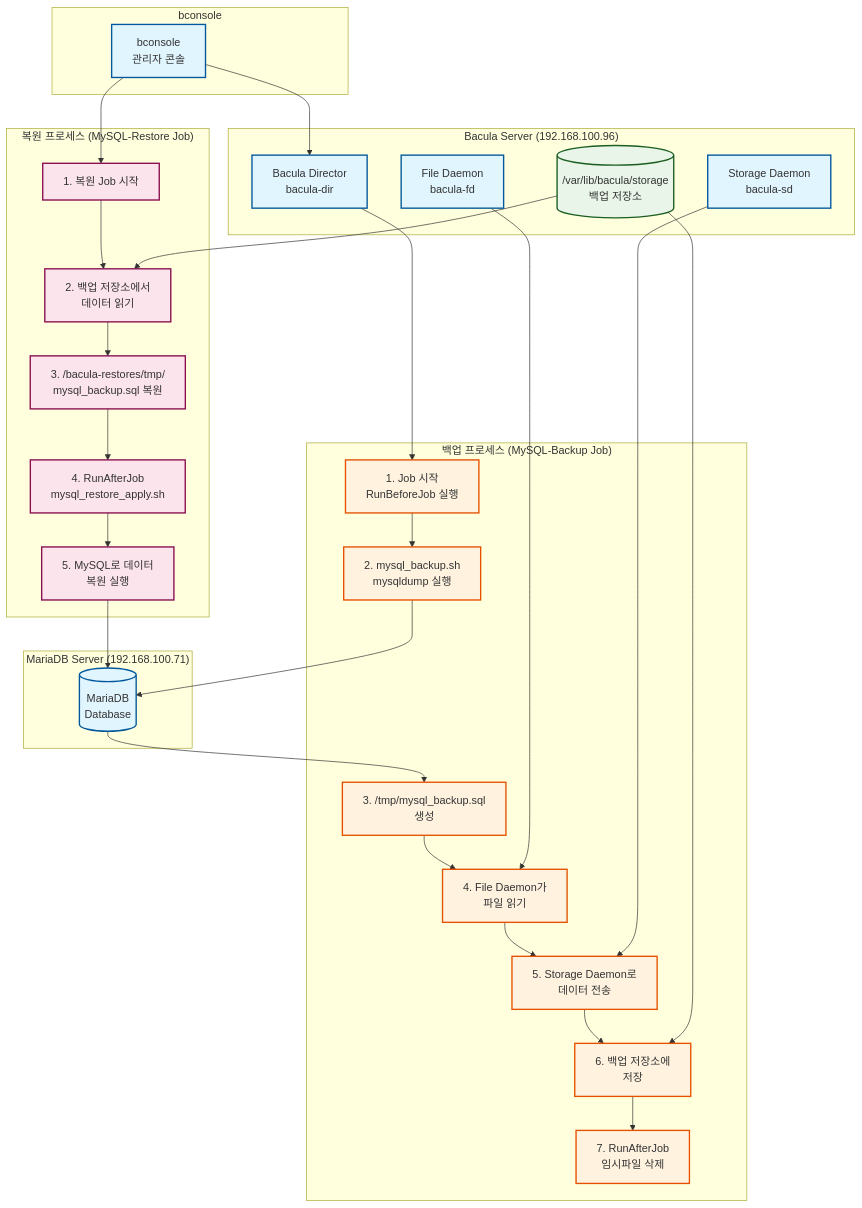
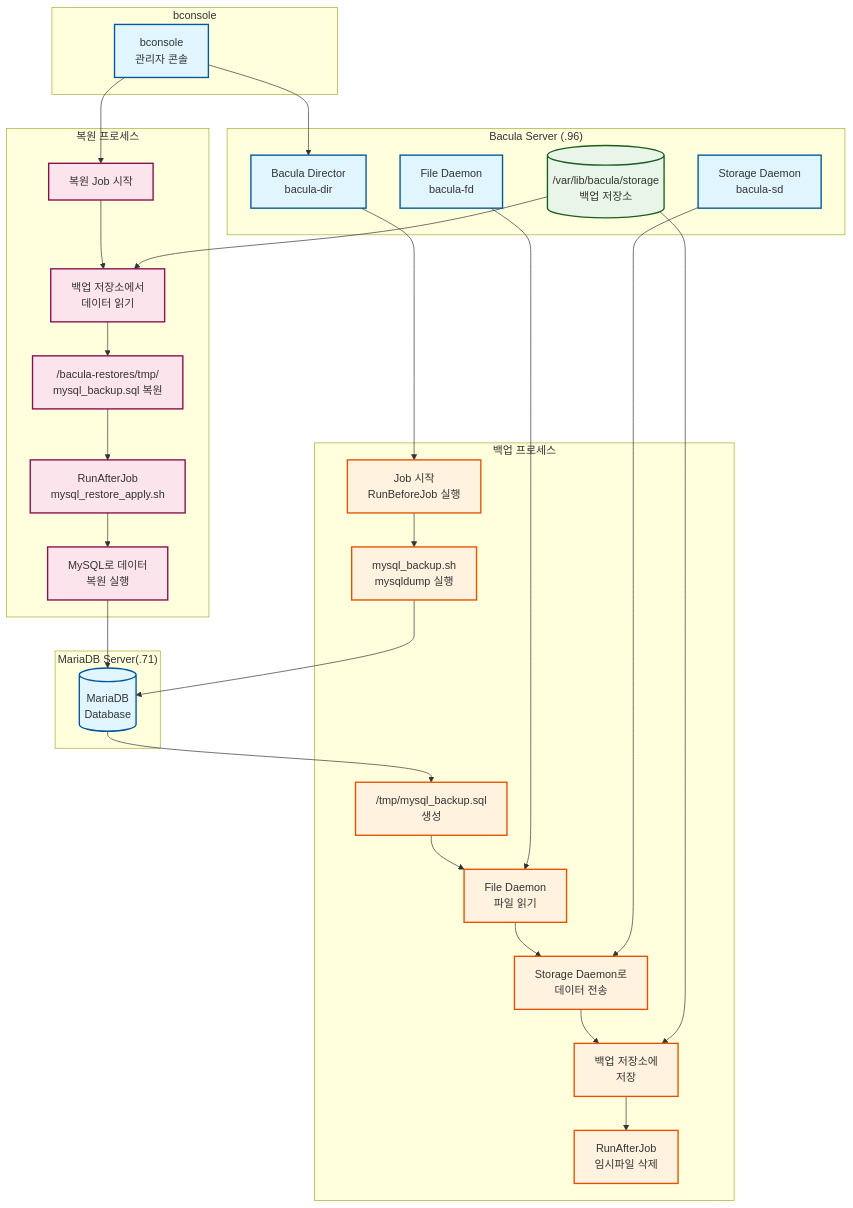
The diagram in server/Bacula-diagram.md (kyohwan79/CloudGuardians), drawn with Mermaid before and after one commit.

````diff
--- a/server/Bacula-diagram.md
+++ b/server/Bacula-diagram.md
@@ -1,74 +1,73 @@
 ```mermaid
 graph TD
     %% 서버 정의
-    subgraph "MariaDB Server (192.168.100.71)"
+    subgraph "MariaDB Server(.71)"
         MDB[(MariaDB<br/>Database)]
     end
     
-    subgraph "Bacula Server (192.168.100.96)"
+    subgraph "Bacula Server (.96)"
         DIR[Bacula Director<br/>bacula-dir]
         SD[Storage Daemon<br/>bacula-sd]
         FD[File Daemon<br/>bacula-fd]
         STORAGE[(/var/lib/bacula/storage<br/>백업 저장소)]
     end
     
     subgraph "bconsole"
         BC[bconsole<br/>관리자 콘솔]
     end
     
     %% 백업 프로세스
-    subgraph "백업 프로세스 (MySQL-Backup Job)"
-        B1[1. Job 시작<br/>RunBeforeJob 실행]
-        B2[2. mysql_backup.sh<br/>mysqldump 실행]
-        B3[3. /tmp/mysql_backup.sql<br/>생성]
-        B4[4. File Daemon가<br/>파일 읽기]
-        B5[5. Storage Daemon로<br/>데이터 전송]
-        B6[6. 백업 저장소에<br/>저장]
-        B7[7. RunAfterJob<br/>임시파일 삭제]
+    subgraph "백업 프로세스"
+        B1[Job 시작<br/>RunBeforeJob 실행]
+        B2[mysql_backup.sh<br/>mysqldump 실행]
+        B3["/tmp/mysql_backup.sql"<br/>생성]
+        B4[File Daemon<br/>파일 읽기]
+        B5[Storage Daemon로<br/>데이터 전송]
+        B6[백업 저장소에<br/>저장]
+        B7[RunAfterJob<br/>임시파일 삭제]
     end
     
     %% 복원 프로세스
-    subgraph "복원 프로세스 (MySQL-Restore Job)"
-        R1[1. 복원 Job 시작]
-        R2[2. 백업 저장소에서<br/>데이터 읽기]
-        R3[3. /bacula-restores/tmp/<br/>mysql_backup.sql 복원]
-        R4[4. RunAfterJob<br/>mysql_restore_apply.sh]
-        R5[5. MySQL로 데이터<br/>복원 실행]
+    subgraph "복원 프로세스"
+        R1[복원 Job 시작]
+        R2[백업 저장소에서<br/>데이터 읽기]
+        R3["/bacula-restores/tmp/"<br/>mysql_backup.sql 복원]
+        R4[RunAfterJob<br/>mysql_restore_apply.sh]
+        R5[MySQL로 데이터<br/>복원 실행]
     end
     
     %% 연결 관계 - 백업
     BC --> DIR
     DIR --> B1
     B1 --> B2
     B2 --> MDB
     MDB --> B3
     B3 --> B4
     FD --> B4
     B4 --> B5
     SD --> B5
     B5 --> B6
     STORAGE --> B6
     B6 --> B7
     
     %% 연결 관계 - 복원
     BC --> R1
     R1 --> R2
     STORAGE --> R2
     R2 --> R3
     R3 --> R4
     R4 --> R5
     R5 --> MDB
     
     %% 스타일링
     classDef server fill:#e1f5fe,stroke:#01579b,stroke-width:2px
     classDef process fill:#f3e5f5,stroke:#4a148c,stroke-width:2px
     classDef storage fill:#e8f5e8,stroke:#1b5e20,stroke-width:2px
     classDef backup fill:#fff3e0,stroke:#e65100,stroke-width:2px
     classDef restore fill:#fce4ec,stroke:#880e4f,stroke-width:2px
     
     class MDB,DIR,SD,FD,BC server
     class STORAGE storage
     class B1,B2,B3,B4,B5,B6,B7 backup
     class R1,R2,R3,R4,R5 restore
-
 ```
````
